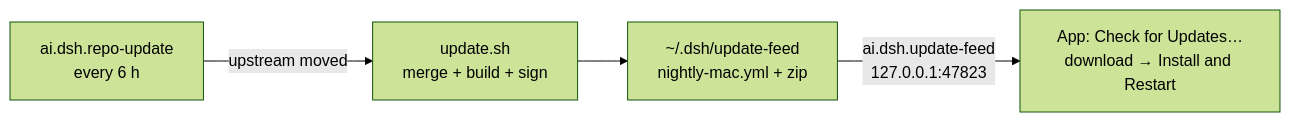
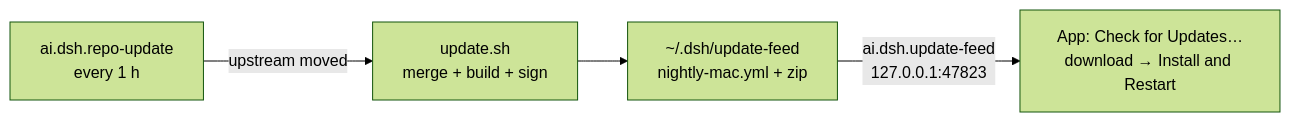
One commit to dungnt97/deepseek-harness changed the diagram in local-setup/README.md. Above: the diagram before and after it, drawn with Mermaid (forest theme). The commit also changed other lines of this file and 2 other files, not shown here.

Commit message:
chore(local-setup): check upstream hourly

````diff
--- a/local-setup/README.md
+++ b/local-setup/README.md
@@ -235,6 +235,6 @@
 ```mermaid
 flowchart LR
-  A[ai.dsh.repo-update<br/>every 6 h] -->|upstream moved| B[update.sh<br/>merge + build + sign]
+  A[ai.dsh.repo-update<br/>every 1 h] -->|upstream moved| B[update.sh<br/>merge + build + sign]
   B --> C[~/.dsh/update-feed<br/>nightly-mac.yml + zip]
   C -->|ai.dsh.update-feed<br/>127.0.0.1:47823| D[App: Check for Updates…<br/>download → Install and Restart]
 ```
````
